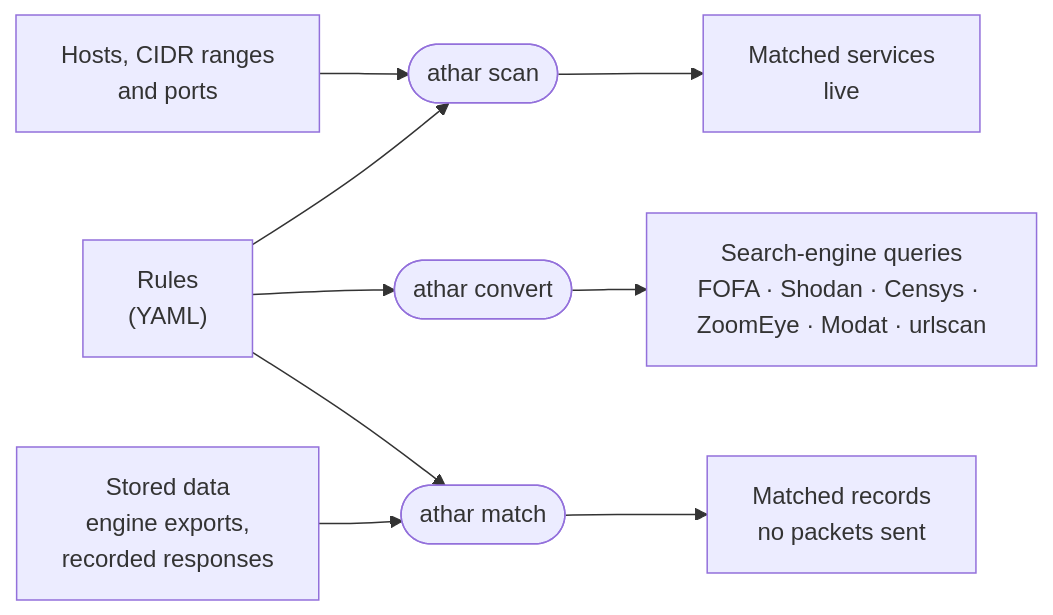
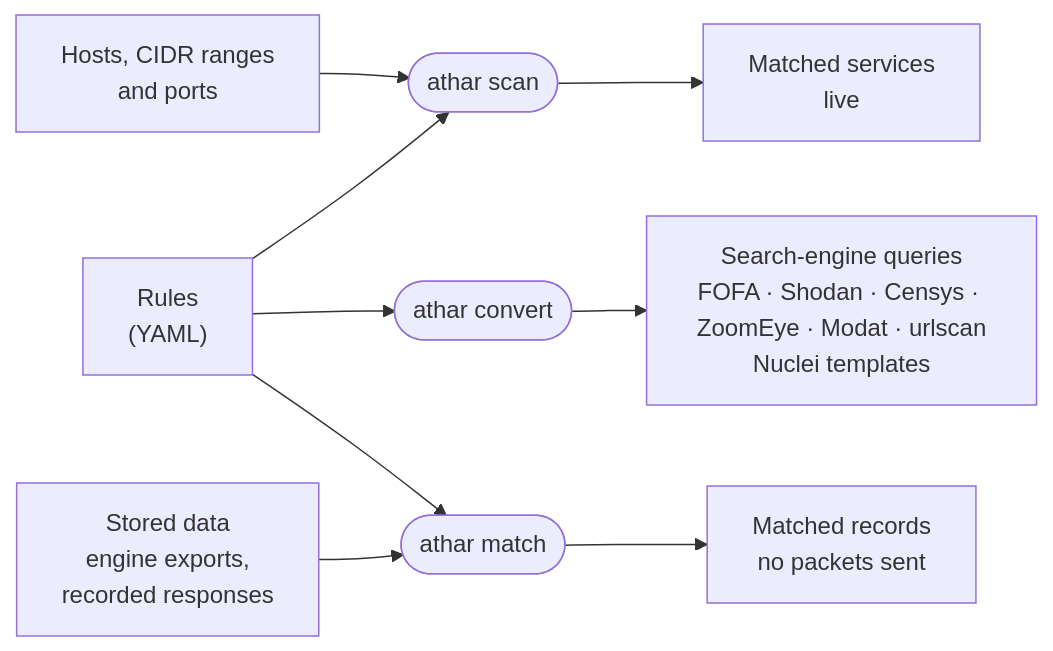
The diagram in README.md (Athar-HQ/Athar), drawn with Mermaid before and after one commit. The commit also changed other lines of this file and 13 other files, not shown here.

First line of the commit message:
Convert rules to Nuclei templates

````diff
--- a/README.md
+++ b/README.md
@@ -73,17 +89,17 @@
 ```mermaid
 flowchart LR
   R["Rules<br/>(YAML)"]
   T["Hosts, CIDR ranges<br/>and ports"]
   D["Stored data<br/>engine exports,<br/>recorded responses"]
 
   R --> S(["athar scan"])
   T --> S
   S --> SO["Matched services<br/>live"]
 
   R --> C(["athar convert"])
-  C --> CO["Search-engine queries<br/>FOFA · Shodan · Censys · ZoomEye · Modat · urlscan"]
+  C --> CO["Search-engine queries<br/>FOFA · Shodan · Censys · ZoomEye · Modat · urlscan<br/>Nuclei templates"]
 
   R --> M(["athar match"])
   D --> M
   M --> MO["Matched records<br/>no packets sent"]
 ```
````
